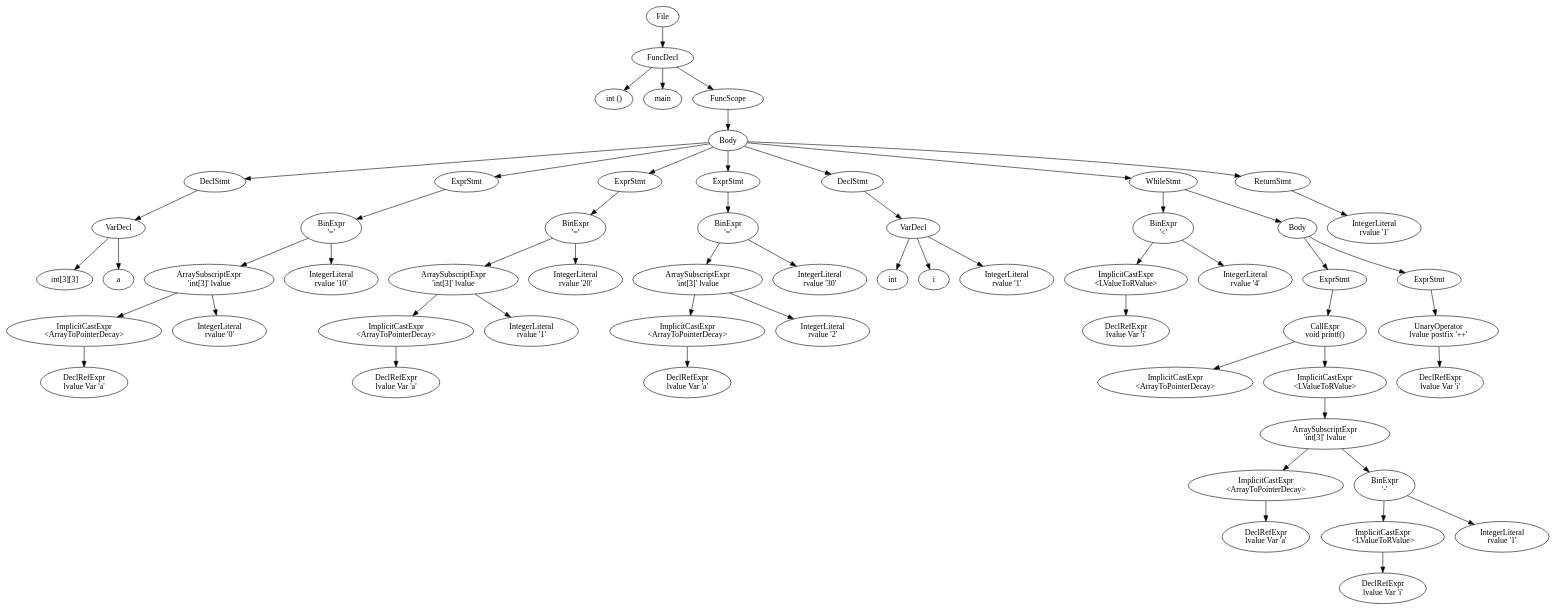
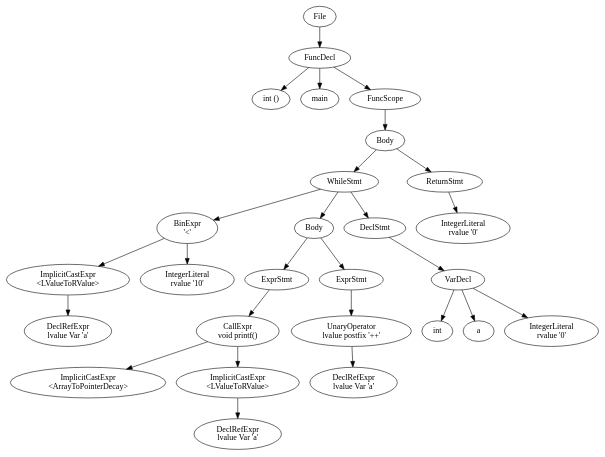
Before and after one commit to LarsDeLeeuw/Compilers: the diagram in src/output.dot, drawn with Graphviz. The commit also changed 15 other files, not shown here.

```diff
--- a/src/output.dot
+++ b/src/output.dot
@@ -1,152 +1,66 @@
 digraph {n0 [label="File"];
 n1 [label="FuncDecl"];
 n2 [label="int ()"];
 n3 [label="main"];
 n4 [label="FuncScope"];
 n6 [label="Body"];
-n8 [label="DeclStmt"];
-n9 [label="VarDecl"];
-n10 [label="int[3][3]"];
-n11 [label="a"];
-n13 [label="ExprStmt"];
-n14 [label="BinExpr
-'='"];
-n15 [label="ArraySubscriptExpr
-'int[3]' lvalue"];
-n16 [label="ImplicitCastExpr
+n8 [label="WhileStmt"];
+n10 [label="BinExpr
+'<'"];
+n11 [label="ImplicitCastExpr
+<LValueToRValue>"];
+n12 [label="DeclRefExpr
+lvalue Var 'a'"];
+n13 [label="IntegerLiteral
+rvalue '10'"];
+n14 [label="Body"];
+n16 [label="ExprStmt"];
+n17 [label="CallExpr
+void printf()"];
+n19 [label="ImplicitCastExpr
 <ArrayToPointerDecay>"];
-n17 [label="DeclRefExpr
+n21 [label="ImplicitCastExpr
+<LValueToRValue>"];
+n22 [label="DeclRefExpr
 lvalue Var 'a'"];
-n18 [label="IntegerLiteral
+n23 [label="ExprStmt"];
+n24 [label="UnaryOperator
+lvalue postfix '++'"];
+n25 [label="DeclRefExpr
+lvalue Var 'a'"];
+n26 [label="DeclStmt"];
+n27 [label="VarDecl"];
+n28 [label="int"];
+n29 [label="a"];
+n30 [label="IntegerLiteral
 rvalue '0'"];
-n19 [label="IntegerLiteral
-rvalue '10'"];
-n20 [label="ExprStmt"];
-n21 [label="BinExpr
-'='"];
-n22 [label="ArraySubscriptExpr
-'int[3]' lvalue"];
-n23 [label="ImplicitCastExpr
-<ArrayToPointerDecay>"];
-n24 [label="DeclRefExpr
-lvalue Var 'a'"];
-n25 [label="IntegerLiteral
-rvalue '1'"];
-n26 [label="IntegerLiteral
-rvalue '20'"];
-n27 [label="ExprStmt"];
-n28 [label="BinExpr
-'='"];
-n29 [label="ArraySubscriptExpr
-'int[3]' lvalue"];
-n30 [label="ImplicitCastExpr
-<ArrayToPointerDecay>"];
-n31 [label="DeclRefExpr
-lvalue Var 'a'"];
+n31 [label="ReturnStmt"];
 n32 [label="IntegerLiteral
-rvalue '2'"];
-n33 [label="IntegerLiteral
-rvalue '30'"];
-n34 [label="DeclStmt"];
-n35 [label="VarDecl"];
-n36 [label="int"];
-n37 [label="i"];
-n38 [label="IntegerLiteral
-rvalue '1'"];
-n39 [label="WhileStmt"];
-n41 [label="BinExpr
-'<'"];
-n42 [label="ImplicitCastExpr
-<LValueToRValue>"];
-n43 [label="DeclRefExpr
-lvalue Var 'i'"];
-n44 [label="IntegerLiteral
-rvalue '4'"];
-n45 [label="Body"];
-n47 [label="ExprStmt"];
-n48 [label="CallExpr
-void printf()"];
-n50 [label="ImplicitCastExpr
-<ArrayToPointerDecay>"];
-n52 [label="ImplicitCastExpr
-<LValueToRValue>"];
-n53 [label="ArraySubscriptExpr
-'int[3]' lvalue"];
-n54 [label="ImplicitCastExpr
-<ArrayToPointerDecay>"];
-n55 [label="DeclRefExpr
-lvalue Var 'a'"];
-n56 [label="BinExpr
-'-'"];
-n57 [label="ImplicitCastExpr
-<LValueToRValue>"];
-n58 [label="DeclRefExpr
-lvalue Var 'i'"];
-n59 [label="IntegerLiteral
-rvalue '1'"];
-n60 [label="ExprStmt"];
-n61 [label="UnaryOperator
-lvalue postfix '++'"];
-n62 [label="DeclRefExpr
-lvalue Var 'i'"];
-n63 [label="ReturnStmt"];
-n64 [label="IntegerLiteral
-rvalue '1'"];
+rvalue '0'"];
 n0 -> n1
 n1 -> n2
 n1 -> n3
 n1 -> n4
 n4 -> n6
 n6 -> n8
-n8 -> n9
-n9 -> n10
-n9 -> n11
-n6 -> n13
-n13 -> n14
-n14 -> n15
-n15 -> n16
+n8 -> n10
+n10 -> n11
+n11 -> n12
+n10 -> n13
+n8 -> n14
+n14 -> n16
 n16 -> n17
-n15 -> n18
-n14 -> n19
-n6 -> n20
-n20 -> n21
+n17 -> n19
+n17 -> n21
 n21 -> n22
-n22 -> n23
+n14 -> n23
 n23 -> n24
-n22 -> n25
-n21 -> n26
-n6 -> n27
+n24 -> n25
+n8 -> n26
+n26 -> n27
 n27 -> n28
-n28 -> n29
-n29 -> n30
-n30 -> n31
-n29 -> n32
-n28 -> n33
-n6 -> n34
-n34 -> n35
-n35 -> n36
-n35 -> n37
-n35 -> n38
-n6 -> n39
-n39 -> n41
-n41 -> n42
-n42 -> n43
-n41 -> n44
-n39 -> n45
-n45 -> n47
-n47 -> n48
-n48 -> n50
-n48 -> n52
-n52 -> n53
-n53 -> n54
-n54 -> n55
-n53 -> n56
-n56 -> n57
-n57 -> n58
-n56 -> n59
-n45 -> n60
-n60 -> n61
-n61 -> n62
-n6 -> n63
-n63 -> n64
+n27 -> n29
+n27 -> n30
+n6 -> n31
+n31 -> n32
 }
```
